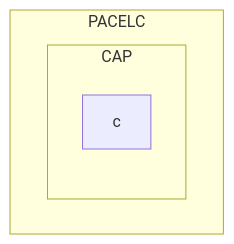
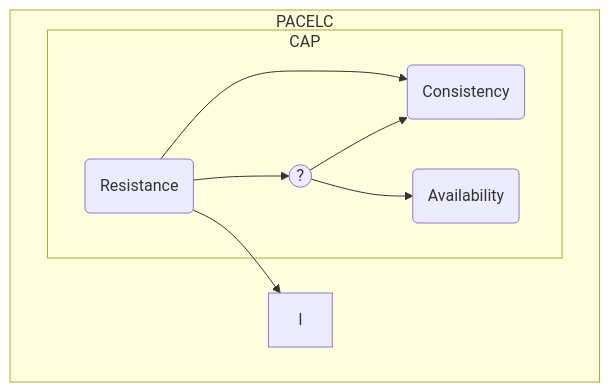
The diagram in CS/Distributed System.md (danzay42/Wiki), drawn with Mermaid before and after one commit.

Commit message:
vault backup: 2023-10-28 20:15:42
Affected files:
CS/Distributed System.md

````diff
--- a/CS/Distributed System.md
+++ b/CS/Distributed System.md
@@ -19,8 +19,14 @@
 ```mermaid
 flowchart TD
 	subgraph PACELC
+		p(Resistance)
 		subgraph CAP
-			c
+			x1((?))
+			c(Consistency)
+			a(Availability)
+			p --> x1
+			x1 --> c & a
 		end
+		p --> c & l
 	end
 ```
````
